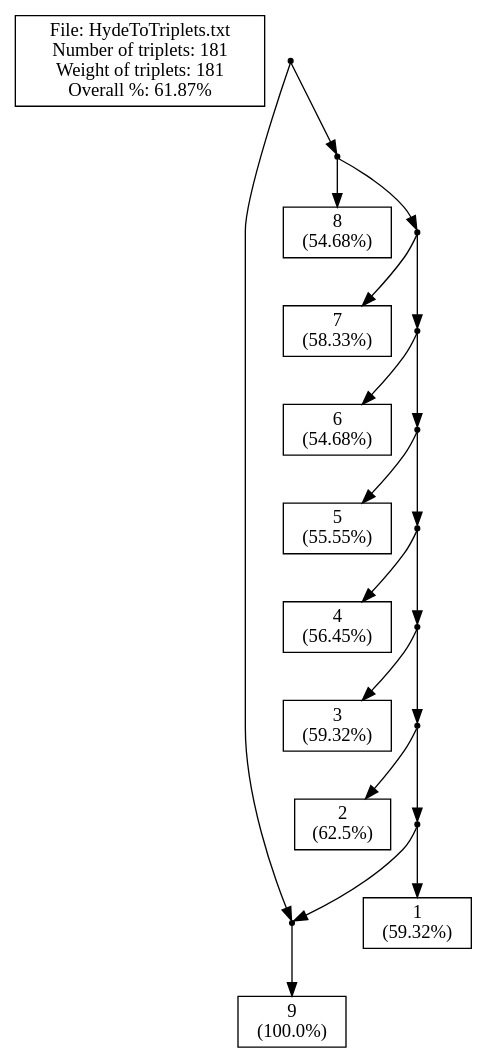
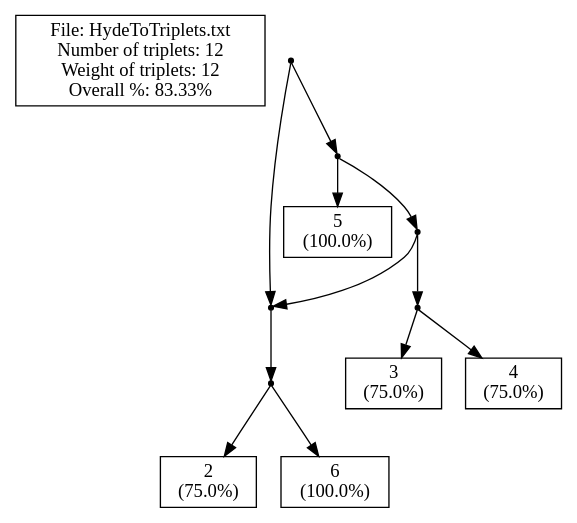
Before and after one commit to solislemuslab/phylo-knit: the diagram in New/Server/cExample1_m.dot, drawn with Graphviz. The commit also changed 22 other files, not shown here.

```diff
--- a/New/Server/cExample1_m.dot
+++ b/New/Server/cExample1_m.dot
@@ -1,66 +1,52 @@
 // LEV1ATHAN Version 1.0, 21 september 2009
 // COMMENT: Pre-processing the input file to count the leaves
-// COMMENT: Pre-processing showed that there are 9 leaves in the input.
-// SUMMARY: Input had 9 leaves.
+// COMMENT: Pre-processing showed that there are 5 leaves in the input.
+// SUMMARY: Input had 5 leaves.
 // USER-SETTING: Will *not* post-process output to collapse edges.
 // COMMENT: Triplet set is already dense.
-// SUMMARY: There are 181 triplets in the input.
-// SUMMARY: Total weight of input triplets is 181.
+// SUMMARY: There are 12 triplets in the input.
+// SUMMARY: Total weight of input triplets is 12.
 // SUMMARY: (Before post-processing)
-// SUMMARY: We got 112 units of triplet weight, that's 61.87% of total weight.
-// SUMMARY: In total 69 units of triplet weight were -not- consistent with the ouput network.
-// SUMMARY: Output network contained 0 triplets -not- in the original input.
-// SUMMARY: The symmetric difference is thus 69 + (1 * 0) = 69
+// SUMMARY: We got 10 units of triplet weight, that's 83.33% of total weight.
+// SUMMARY: In total 2 units of triplet weight were -not- consistent with the ouput network.
+// SUMMARY: Output network contained 4 triplets -not- in the original input.
+// SUMMARY: The symmetric difference is thus 2 + (1 * 4) = 6
 // SUMMARY: (After post-processing)
 strict digraph G1 {
 edge [fontsize=8]
-labelbox [shape=box, width=0.4, label="File: HydeToTriplets.txt\nNumber of triplets: 181\nWeight of triplets: 181\nOverall %: 61.87%"];
+labelbox [shape=box, width=0.4, label="File: HydeToTriplets.txt\nNumber of triplets: 12\nWeight of triplets: 12\nOverall %: 83.33%"];
 internal1000 [shape=point];
 internal1001 [shape=point];
-9 [shape=box, width=0.3, label="9\n(100.0%)"];
-internal1003 [shape=point];
-8 [shape=box, width=0.3, label="8\n(54.68%)"];
+internal1002 [shape=point];
+2 [shape=box, width=0.3, label="2\n(75.0%)"];
+6 [shape=box, width=0.3, label="6\n(100.0%)"];
 internal1005 [shape=point];
-7 [shape=box, width=0.3, label="7\n(58.33%)"];
+5 [shape=box, width=0.3, label="5\n(100.0%)"];
 internal1007 [shape=point];
-6 [shape=box, width=0.3, label="6\n(54.68%)"];
-internal1009 [shape=point];
-5 [shape=box, width=0.3, label="5\n(55.55%)"];
-internal1011 [shape=point];
-4 [shape=box, width=0.3, label="4\n(56.45%)"];
-internal1013 [shape=point];
-3 [shape=box, width=0.3, label="3\n(59.32%)"];
-internal1015 [shape=point];
-2 [shape=box, width=0.3, label="2\n(62.5%)"];
-internal1017 [shape=point];
-1 [shape=box, width=0.3, label="1\n(59.32%)"];
+internal1008 [shape=point];
+3 [shape=box, width=0.3, label="3\n(75.0%)"];
+4 [shape=box, width=0.3, label="4\n(75.0%)"];
 internal1000 -> internal1001
-internal1000 -> internal1003
-internal1001 -> 9
-internal1003 -> 8
-internal1003 -> internal1005
-internal1005 -> 7
+internal1000 -> internal1005
+internal1001 -> internal1002
+internal1002 -> 2
+internal1002 -> 6
+internal1005 -> 5
 internal1005 -> internal1007
-internal1007 -> 6
-internal1007 -> internal1009
-internal1009 -> 5
-internal1009 -> internal1011
-internal1011 -> 4
-internal1011 -> internal1013
-internal1013 -> 3
-internal1013 -> internal1015
-internal1015 -> 2
-internal1015 -> internal1017
-internal1017 -> 1
-internal1017 -> internal1001
-internal1001 -> 9
+internal1007 -> internal1008
+internal1007 -> internal1001
+internal1008 -> 3
+internal1008 -> 4
+internal1001 -> internal1002
+internal1002 -> 2
+internal1002 -> 6
 }
-// SUMMARY: eNewick output: ((9)#H1,(8,(7,(6,(5,(4,(3,(2,(1,#H1)))))))));
-// SUMMARY: In total 69 units of triplet weight were -not- consistent with the ouput network.
-// SUMMARY: Output network contained 0 triplets -not- in the original input.
+// SUMMARY: eNewick output: (((2,6))#H1,(5,((3,4),#H1)));
+// SUMMARY: In total 2 units of triplet weight were -not- consistent with the ouput network.
+// SUMMARY: Output network contained 4 triplets -not- in the original input.
 // SUMMARY: Weight of missing triplets before contraction minus weight of missing triplets afterwards: 0
 // SUMMARY: Number of surplus triplets before contraction minus number of surplus triplets afterwards: 0
-// CONCLUSION: After post-processing we got 112 units of triplet weight, that's 61.87% of total weight (before post-processing this was 61.87%).
-// CONCLUSION: After post-processing the symmetric difference is thus 69 + (1 * 0) = 69 (before post-processing this was 69)
-// STAT: PERCENTAGE = 61.87
-// STAT: NETWORK-TRIPLET SD = 69
+// CONCLUSION: After post-processing we got 10 units of triplet weight, that's 83.33% of total weight (before post-processing this was 83.33%).
+// CONCLUSION: After post-processing the symmetric difference is thus 2 + (1 * 4) = 6 (before post-processing this was 6)
+// STAT: PERCENTAGE = 83.33
+// STAT: NETWORK-TRIPLET SD = 6
```
